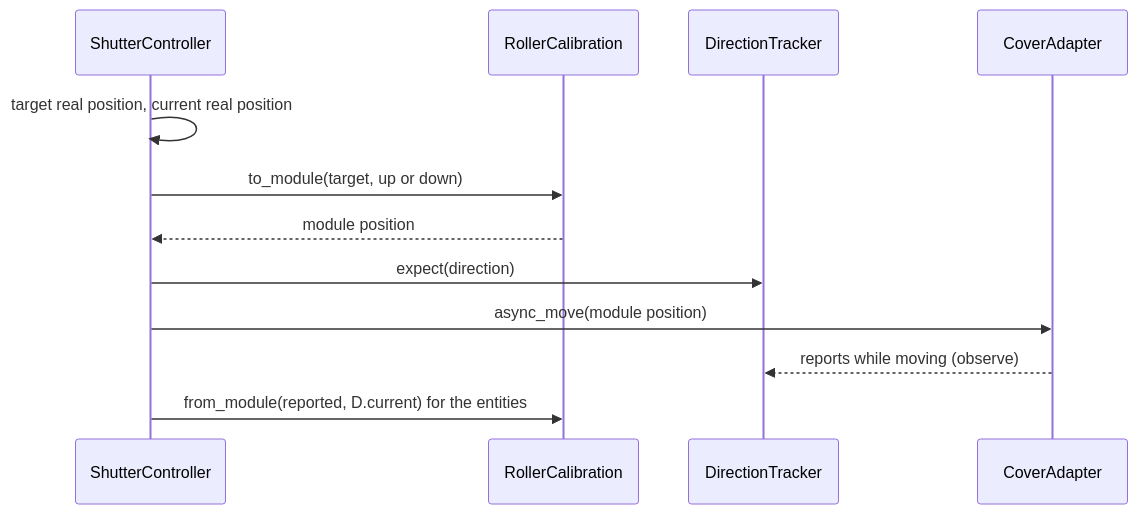
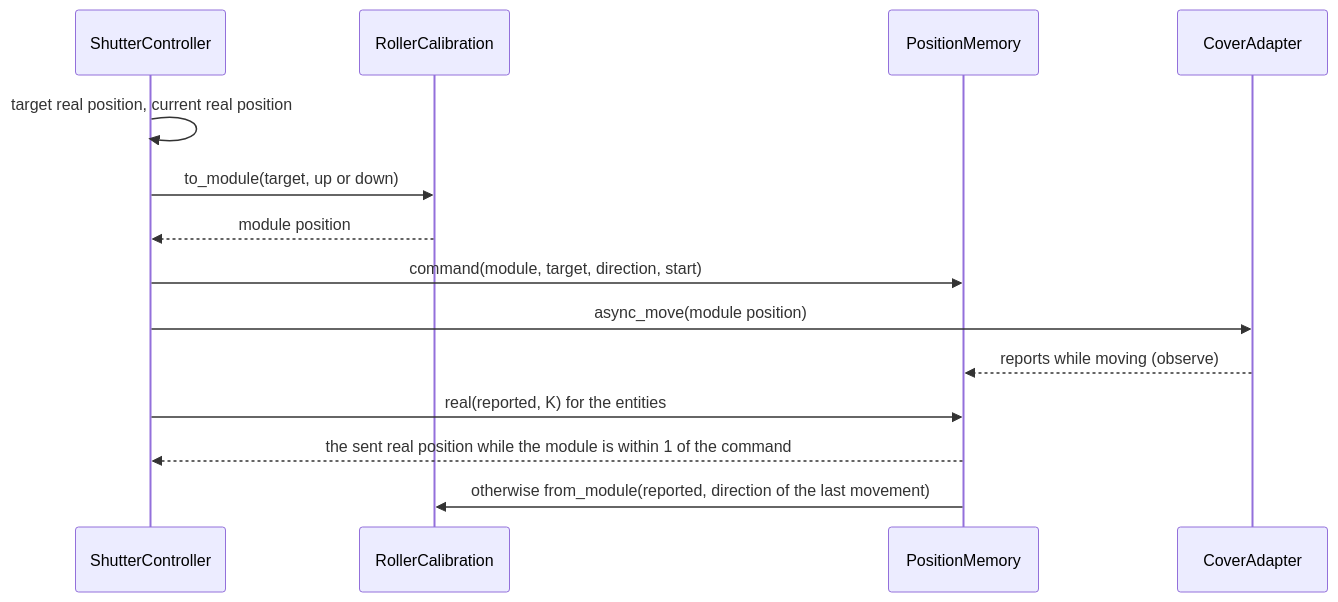
Before and after one commit to abroeders/smart-shutter-control: the eighth of 40 diagrams in docs/architecture.md, drawn with Mermaid. The commit also changed other lines of this file and 11 other files, not shown here.

````diff
--- a/docs/architecture.md
+++ b/docs/architecture.md
@@ -326,14 +341,16 @@
 ```mermaid
 sequenceDiagram
     participant SC as ShutterController
     participant K as RollerCalibration
-    participant D as DirectionTracker
+    participant D as PositionMemory
     participant A as CoverAdapter
     SC->>SC: target real position, current real position
     SC->>K: to_module(target, up or down)
     K-->>SC: module position
-    SC->>D: expect(direction)
+    SC->>D: command(module, target, direction, start)
     SC->>A: async_move(module position)
     A-->>D: reports while moving (observe)
-    SC->>K: from_module(reported, D.current) for the entities
+    SC->>D: real(reported, K) for the entities
+    D-->>SC: the sent real position while the module is within 1 of the command
+    D->>K: otherwise from_module(reported, direction of the last movement)
 ```
````
